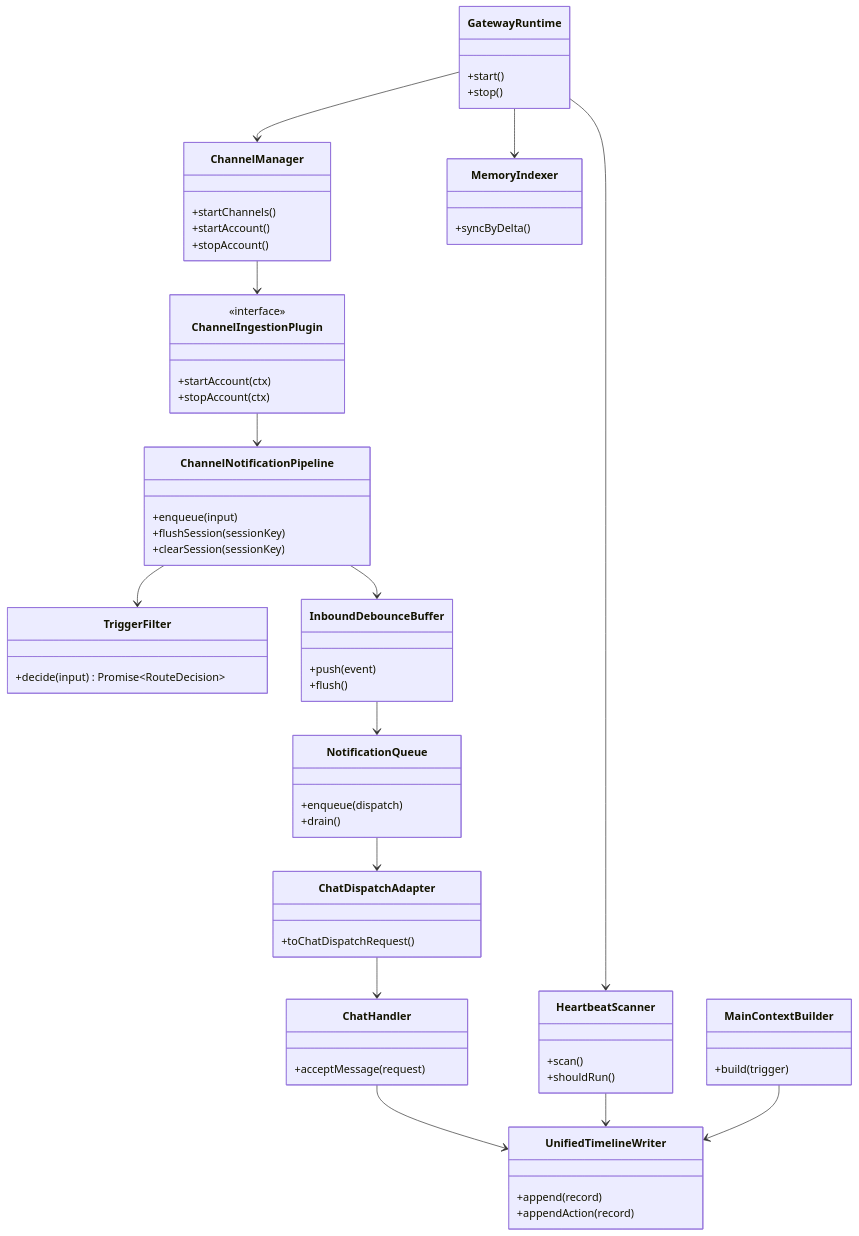
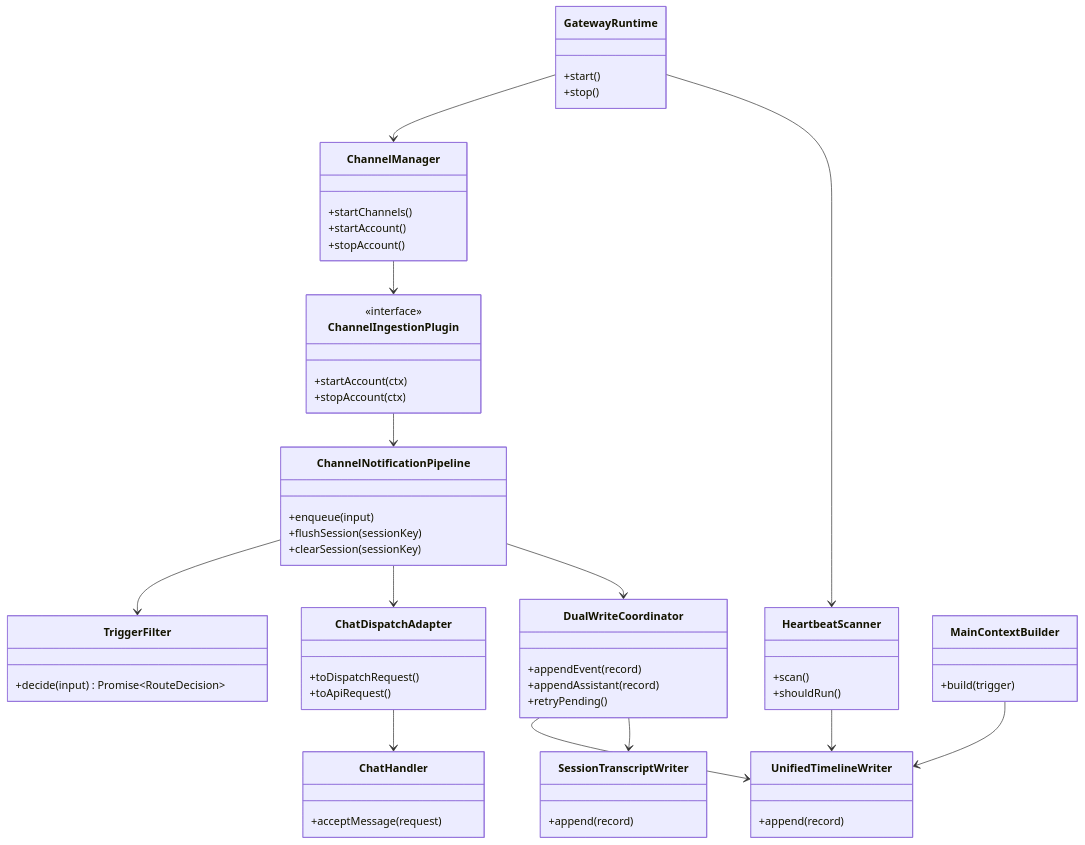
One commit to masahide/adjutant changed the first of 2 diagrams in doc/plan/260217-s01-openclaw-proactive-gateway-integration.md. Above: the diagram before and after it, drawn with Mermaid. The commit also changed other lines of this file and 1 other file, not shown here.

````diff
--- a/doc/plan/260217-s01-openclaw-proactive-gateway-integration.md
+++ b/doc/plan/260217-s01-openclaw-proactive-gateway-integration.md
@@ -196,79 +247,74 @@
 ```mermaid
 classDiagram
   class GatewayRuntime {
     +start()
     +stop()
   }
 
   class ChannelManager {
     +startChannels()
     +startAccount()
     +stopAccount()
   }
 
   class ChannelIngestionPlugin {
     <<interface>>
     +startAccount(ctx)
     +stopAccount(ctx)
   }
 
   class ChannelNotificationPipeline {
     +enqueue(input)
     +flushSession(sessionKey)
     +clearSession(sessionKey)
   }
 
   class TriggerFilter {
     +decide(input) Promise~RouteDecision~
   }
 
-  class InboundDebounceBuffer {
-    +push(event)
-    +flush()
+  class ChatDispatchAdapter {
+    +toDispatchRequest()
+    +toApiRequest()
   }
 
-  class NotificationQueue {
-    +enqueue(dispatch)
-    +drain()
-  }
-
-  class ChatDispatchAdapter {
-    +toChatDispatchRequest()
-  }
-
-  class ChatHandler {
-    +acceptMessage(request)
+  class DualWriteCoordinator {
+    +appendEvent(record)
+    +appendAssistant(record)
+    +retryPending()
   }
 
   class UnifiedTimelineWriter {
     +append(record)
-    +appendAction(record)
+  }
+
+  class SessionTranscriptWriter {
+    +append(record)
   }
 
   class HeartbeatScanner {
     +scan()
     +shouldRun()
   }
 
   class MainContextBuilder {
     +build(trigger)
   }
 
-  class MemoryIndexer {
-    +syncByDelta()
+  class ChatHandler {
+    +acceptMessage(request)
   }
 
   GatewayRuntime --> ChannelManager
   GatewayRuntime --> HeartbeatScanner
-  GatewayRuntime --> MemoryIndexer
   ChannelManager --> ChannelIngestionPlugin
   ChannelIngestionPlugin --> ChannelNotificationPipeline
   ChannelNotificationPipeline --> TriggerFilter
-  ChannelNotificationPipeline --> InboundDebounceBuffer
-  InboundDebounceBuffer --> NotificationQueue
-  NotificationQueue --> ChatDispatchAdapter
+  ChannelNotificationPipeline --> ChatDispatchAdapter
   ChatDispatchAdapter --> ChatHandler
-  ChatHandler --> UnifiedTimelineWriter
+  ChannelNotificationPipeline --> DualWriteCoordinator
+  DualWriteCoordinator --> UnifiedTimelineWriter
+  DualWriteCoordinator --> SessionTranscriptWriter
   HeartbeatScanner --> UnifiedTimelineWriter
   MainContextBuilder --> UnifiedTimelineWriter
 ```
````
